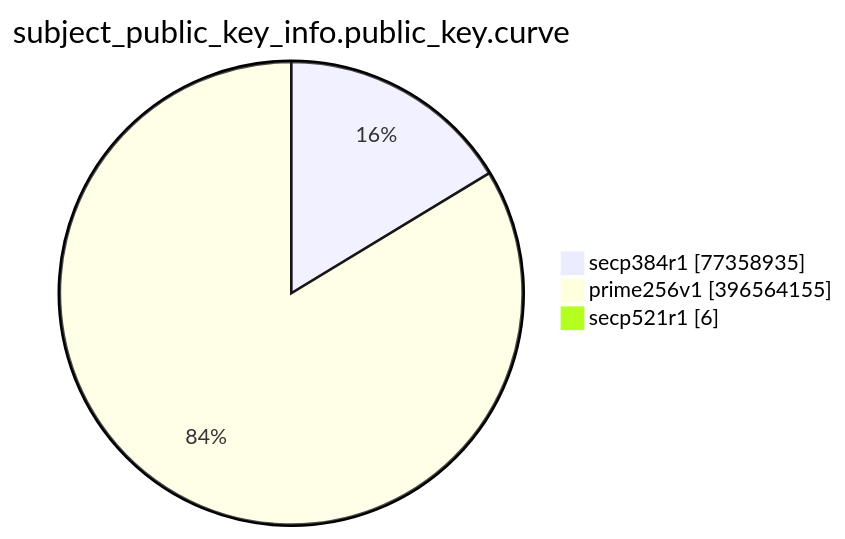
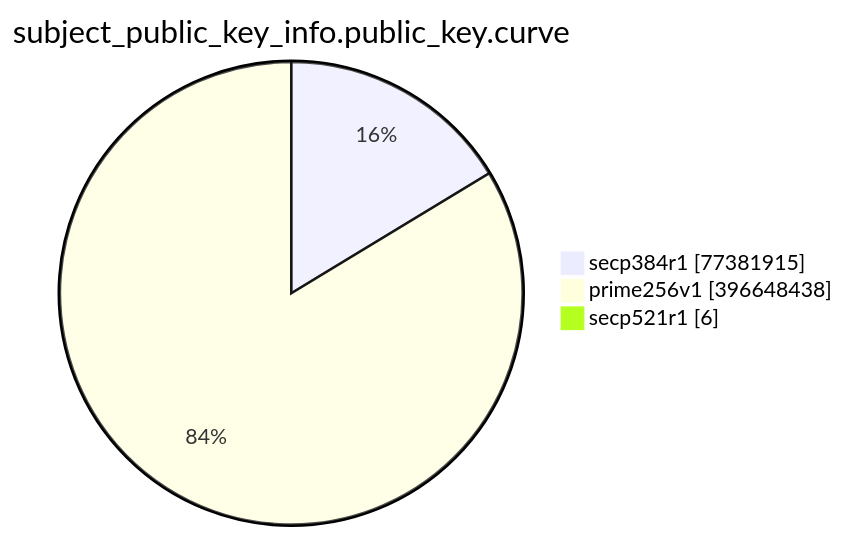
The eighth of 15 diagrams in TOTAL/README.md (christiankrug/ctmonitor_visualization), drawn with Mermaid before and after one commit. The commit also changed other lines of this file, not shown here.

````diff
--- a/TOTAL/README.md
+++ b/TOTAL/README.md
@@ -3095,7 +3095,7 @@
 ```mermaid
 pie showData
 title subject_public_key_info.public_key.curve
-"secp384r1" :77358935
-"prime256v1" :396564155
+"secp384r1" :77381915
+"prime256v1" :396648438
 "secp521r1" :6
 ```
````
